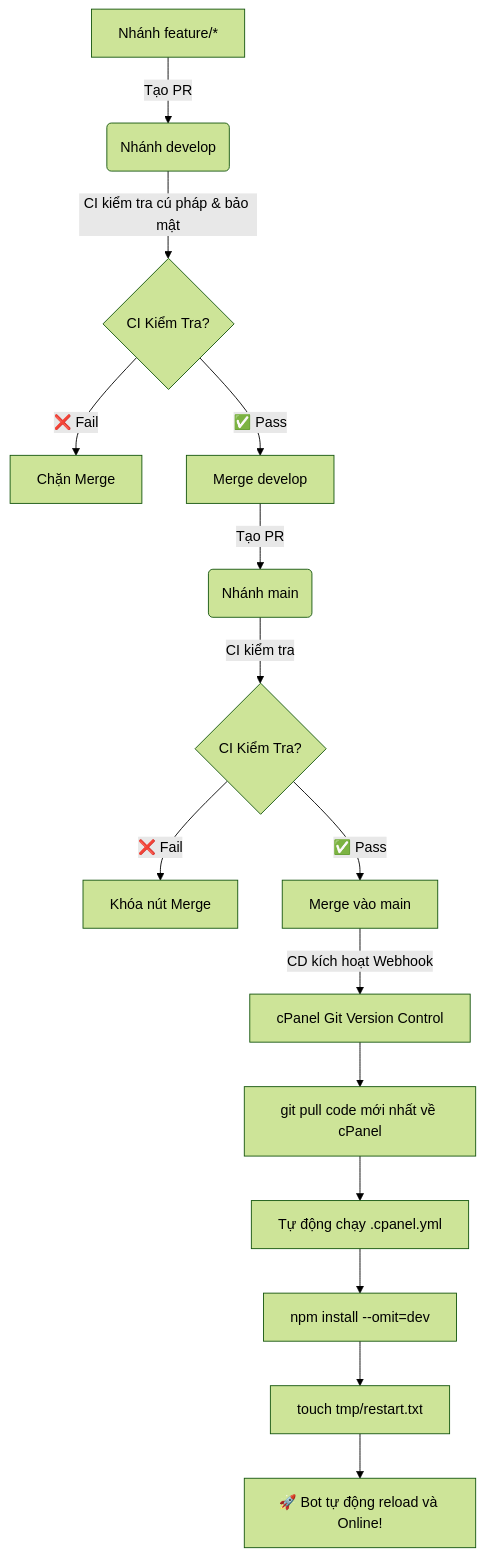
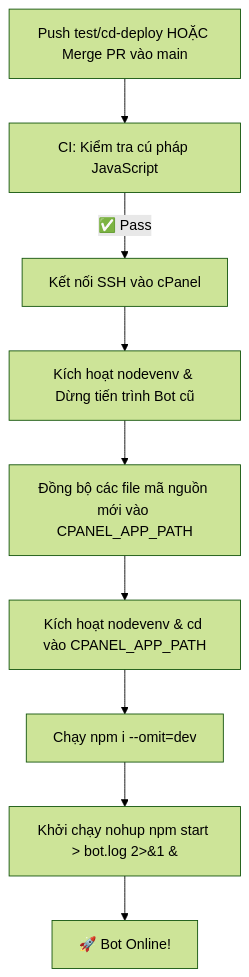
One commit to hoangbmt023/hoangnek_bot_discord changed the diagram in docs/CICD_GUIDE.md. Above: the diagram before and after it, drawn with Mermaid (forest theme). The commit also changed other lines of this file and 4 other files, not shown here.

Commit message:
ci(actions): add SSH deployment workflow for cPanel nodevenv - Trigger CD on test/cd-deploy push and PR merge to main - Stop old bot process and sync updated files - Activate cPanel nodevenv, install dependencies and restart bot - Update CI/CD setup guide in docs

````diff
--- a/docs/CICD_GUIDE.md
+++ b/docs/CICD_GUIDE.md
@@ -9,19 +31,11 @@
 ```mermaid
-graph TD
-    A[Nhánh feature/*] -->|Tạo PR| B(Nhánh develop)
-    B -->|CI kiểm tra cú pháp & bảo mật| C{CI Kiểm Tra?}
-    C -->|❌ Fail| D[Chặn Merge]
-    C -->|✅ Pass| E[Merge develop]
-    
-    E -->|Tạo PR| F(Nhánh main)
-    F -->|CI kiểm tra| G{CI Kiểm Tra?}
-    G -->|❌ Fail| H[Khóa nút Merge]
-    G -->|✅ Pass| I[Merge vào main]
-    
-    I -->|CD kích hoạt Webhook| J[cPanel Git Version Control]
-    J --> K[git pull code mới nhất về cPanel]
-    K --> L[Tự động chạy .cpanel.yml]
-    L --> M[npm install --omit=dev]
-    M --> N[touch tmp/restart.txt]
-    N --> O[🚀 Bot tự động reload và Online!]
+flowchart TD
+    A[Push test/cd-deploy HOẶC Merge PR vào main] --> B[CI: Kiểm tra cú pháp JavaScript]
+    B -->|✅ Pass| C[Kết nối SSH vào cPanel]
+    C --> D[Kích hoạt nodevenv & Dừng tiến trình Bot cũ]
+    D --> E[Đồng bộ các file mã nguồn mới vào CPANEL_APP_PATH]
+    E --> F[Kích hoạt nodevenv & cd vào CPANEL_APP_PATH]
+    F --> G[Chạy npm i --omit=dev]
+    G --> H[Khởi chạy nohup npm start > bot.log 2>&1 &]
+    H --> I[🚀 Bot Online!]
 ```
````
